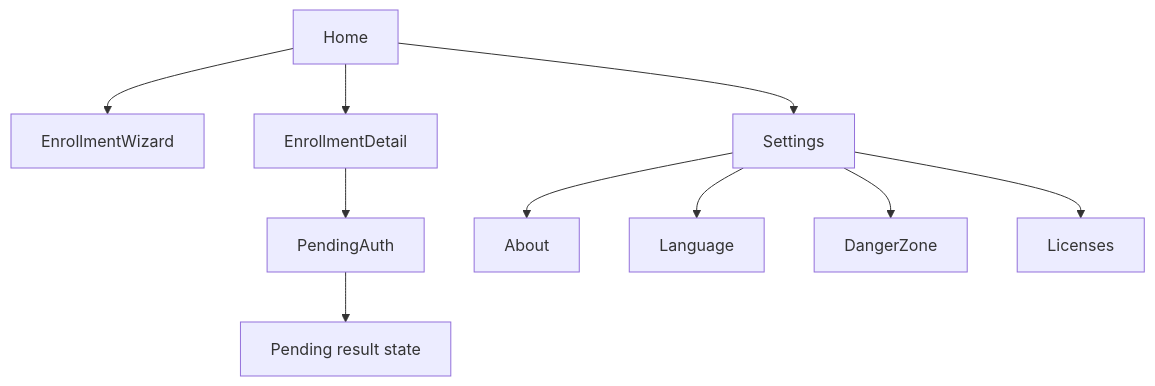
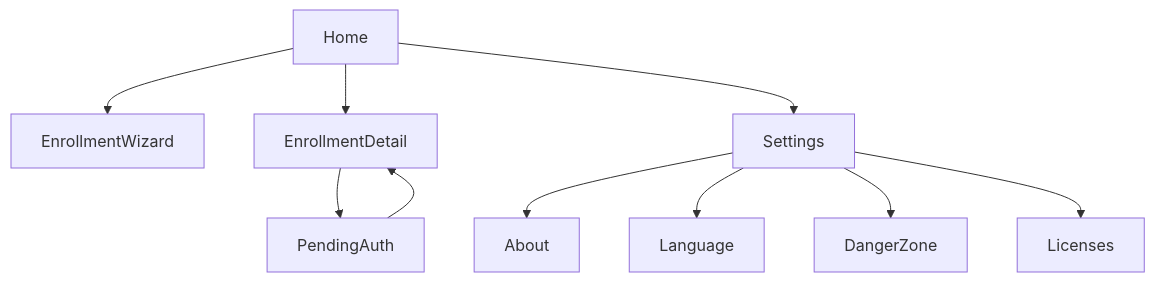
One commit to mgagp/ezkey changed the first of 3 diagrams in ezkey_mobile/docs/MOBILE_SCREENS_AND_WIREFLOWS.md. Above: the diagram before and after it, drawn with Mermaid. The commit also changed other lines of this file and 6 other files, not shown here.

Commit message:
feat: update enrollment detail and pending auth screens to include latest verified response summaries

````diff
--- a/ezkey_mobile/docs/MOBILE_SCREENS_AND_WIREFLOWS.md
+++ b/ezkey_mobile/docs/MOBILE_SCREENS_AND_WIREFLOWS.md
@@ -14,12 +14,12 @@
 ```mermaid
 flowchart TD
   Home --> EnrollmentWizard
   Home --> EnrollmentDetail
   EnrollmentDetail --> PendingAuth
   Home --> Settings
   Settings --> About
   Settings --> Language
   Settings --> DangerZone
   Settings --> Licenses
-  PendingAuth --> PendingAuthResult[Pending result state]
+  PendingAuth --> EnrollmentDetail
 ```
````
